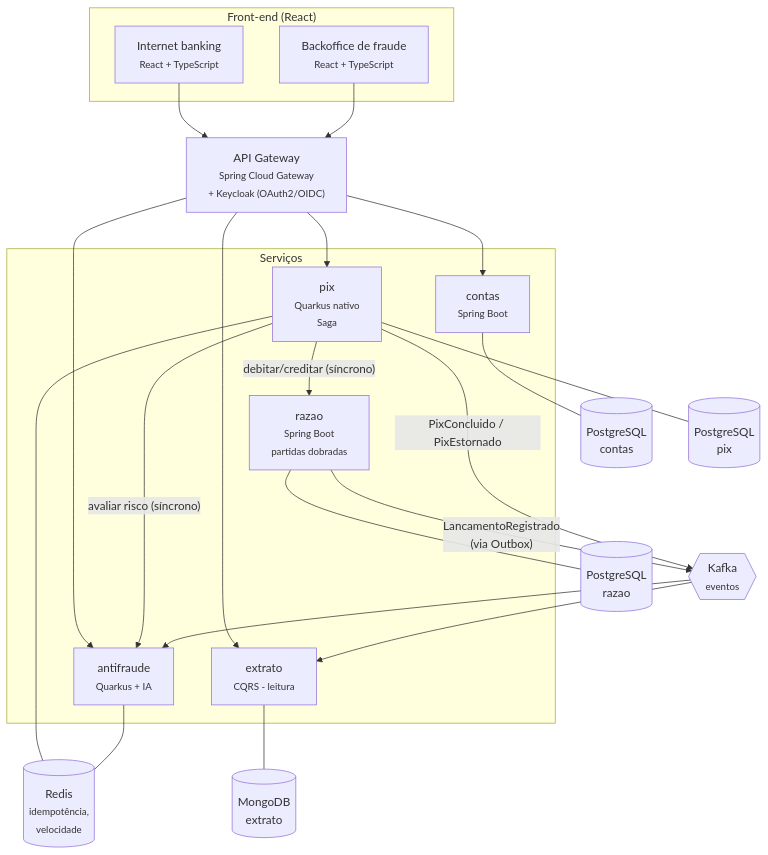
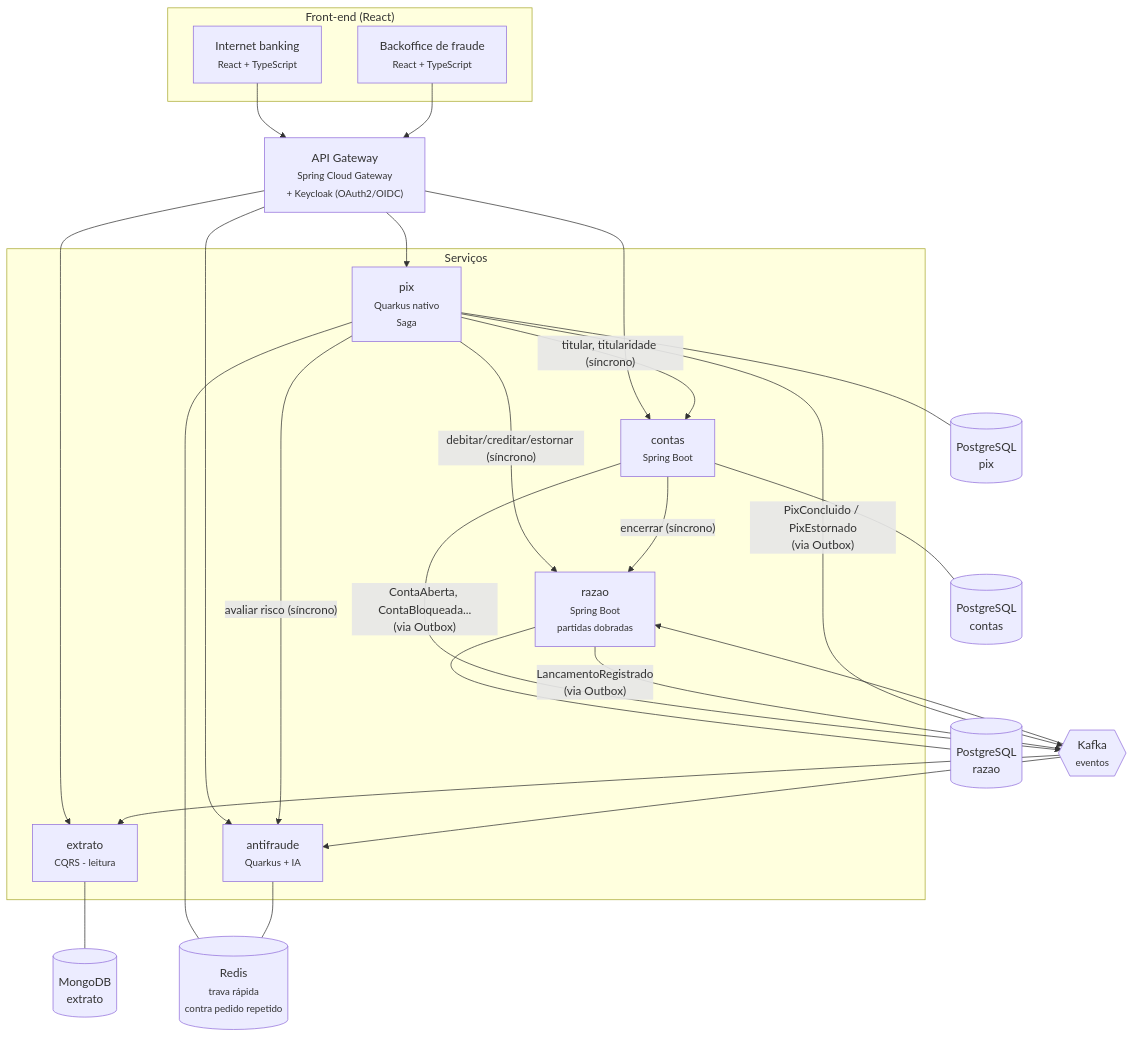
One commit to alanjoffre/ledgerly-bank changed the second of 4 diagrams in docs/arquitetura/visao-geral.md. Above: the diagram before and after it, drawn with Mermaid. The commit also changed other lines of this file and 13 other files, not shown here.

````diff
--- a/docs/arquitetura/visao-geral.md
+++ b/docs/arquitetura/visao-geral.md
@@ -40,42 +40,46 @@
 ```mermaid
 flowchart TB
     subgraph front["Front-end (React)"]
         web["Internet banking<br/><small>React + TypeScript</small>"]
         backoffice["Backoffice de fraude<br/><small>React + TypeScript</small>"]
     end
 
     gateway["API Gateway<br/><small>Spring Cloud Gateway<br/>+ Keycloak (OAuth2/OIDC)</small>"]
 
     subgraph servicos["Serviços"]
         contas["contas<br/><small>Spring Boot</small>"]
         razao["razao<br/><small>Spring Boot<br/>partidas dobradas</small>"]
         pix["pix<br/><small>Quarkus nativo<br/>Saga</small>"]
         antifraude["antifraude<br/><small>Quarkus + IA</small>"]
         extrato["extrato<br/><small>CQRS - leitura</small>"]
     end
 
     kafka{{"Kafka<br/><small>eventos</small>"}}
 
     pgContas[("PostgreSQL<br/>contas")]
     pgRazao[("PostgreSQL<br/>razao")]
     pgPix[("PostgreSQL<br/>pix")]
-    redis[("Redis<br/><small>idempotência,<br/>velocidade</small>")]
+    redis[("Redis<br/><small>trava rápida<br/>contra pedido repetido</small>")]
     mongo[("MongoDB<br/>extrato")]
 
     web & backoffice --> gateway
     gateway --> contas & pix & extrato & antifraude
     pix -- "avaliar risco (síncrono)" --> antifraude
-    pix -- "debitar/creditar (síncrono)" --> razao
+    pix -- "debitar/creditar/estornar (síncrono)" --> razao
+    pix -- "titular, titularidade (síncrono)" --> contas
+    contas -- "encerrar (síncrono)" --> razao
 
     contas --- pgContas
     razao --- pgRazao
     pix --- pgPix
     pix --- redis
     antifraude --- redis
     extrato --- mongo
 
+    contas -- "ContaAberta, ContaBloqueada...<br/>(via Outbox)" --> kafka
     razao -- "LancamentoRegistrado<br/>(via Outbox)" --> kafka
-    pix -- "PixConcluido / PixEstornado" --> kafka
+    pix -- "PixConcluido / PixEstornado<br/>(via Outbox)" --> kafka
+    kafka --> razao
     kafka --> extrato
     kafka --> antifraude
 ```
````
